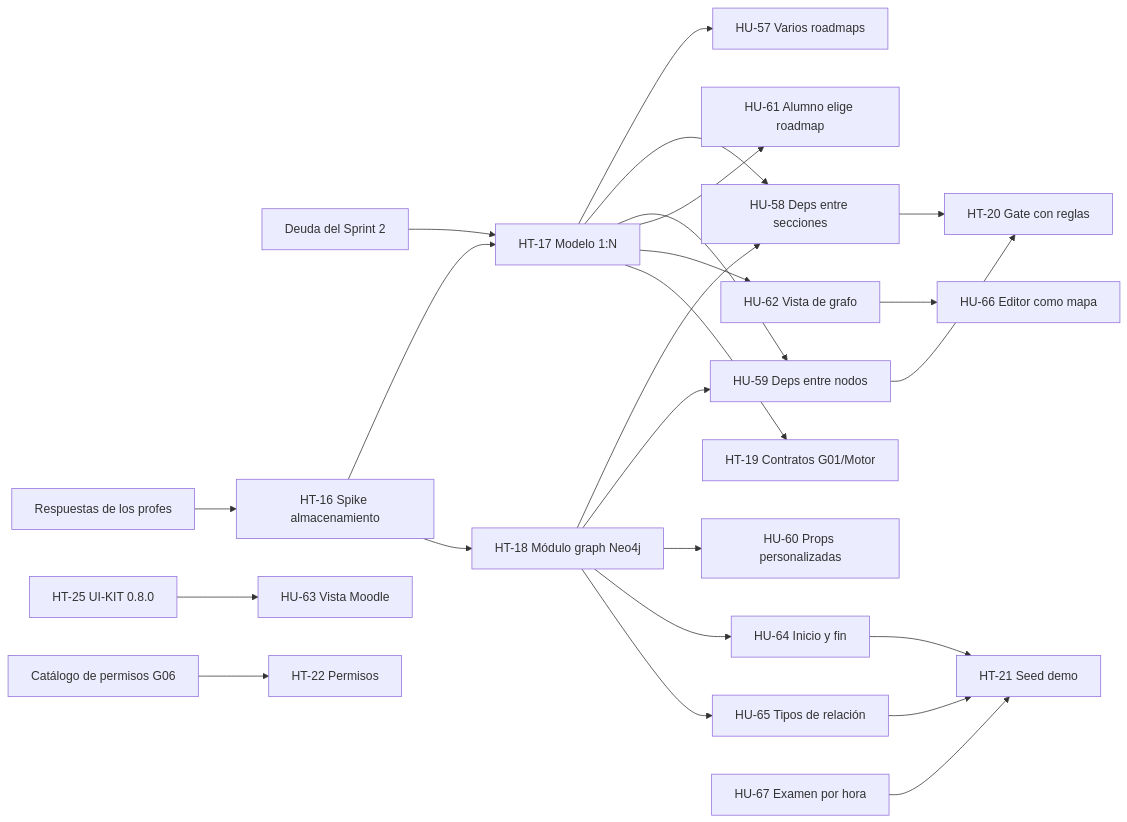
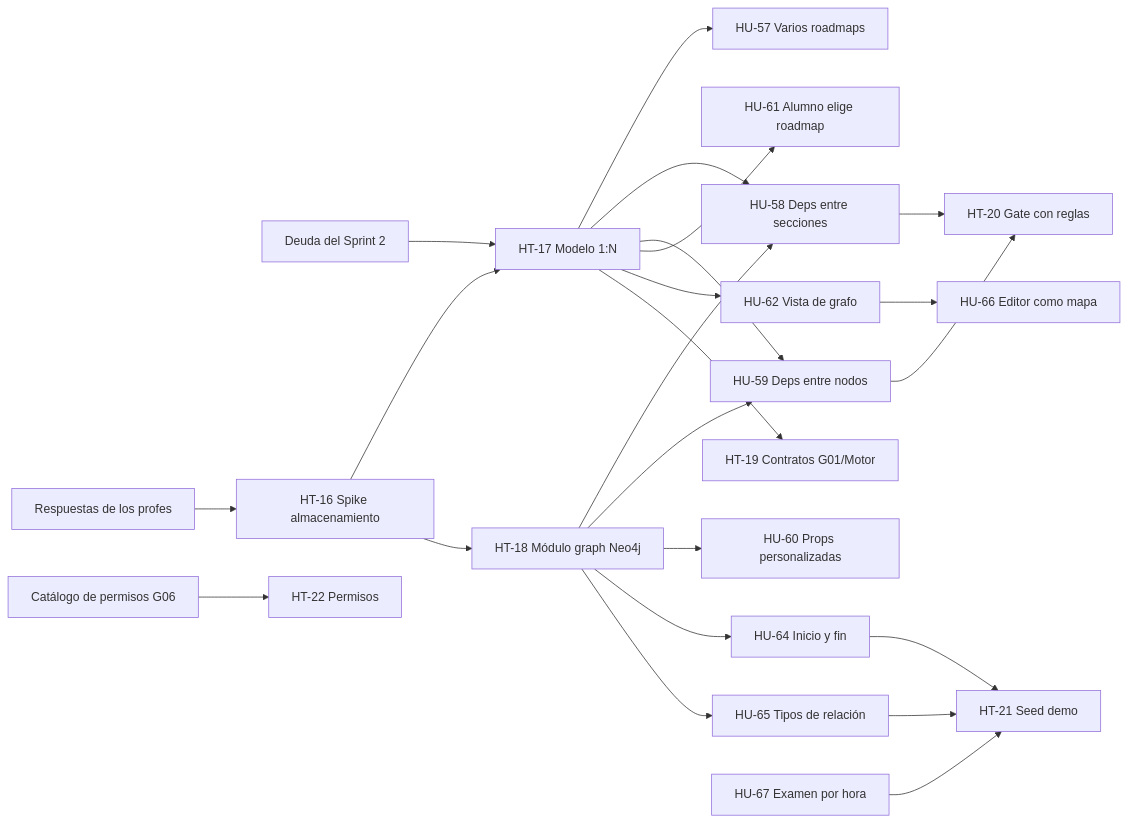
One commit to BenjaminPolzoni/tpi-g10-cerebro changed the diagram in sprints/sprint-3/06-backlog-sprint-3.md. Above: the diagram before and after it, drawn with Mermaid. The commit also changed other lines of this file and 19 other files, not shown here.

````diff
--- a/sprints/sprint-3/06-backlog-sprint-3.md
+++ b/sprints/sprint-3/06-backlog-sprint-3.md
@@ -93,26 +92,25 @@
 ```mermaid
 flowchart LR
   B0[Deuda del Sprint 2] --> HT2
   Q[Respuestas de los profes] --> SP1[HT-16 Spike almacenamiento]
   SP1 --> HT2[HT-17 Modelo 1:N]
   SP1 --> HT3[HT-18 Módulo graph Neo4j]
   HT2 --> H4[HU-57 Varios roadmaps]
   HT2 --> H5[HU-58 Deps entre secciones]
   HT3 --> H5
   HT2 --> H6[HU-59 Deps entre nodos]
   HT3 --> H6
   HT3 --> H7[HU-60 Props personalizadas]
   HT2 --> H8[HU-61 Alumno elige roadmap]
   HT2 --> H9[HU-62 Vista de grafo]
-  UK[HT-25 UI-KIT 0.8.0] --> H10[HU-63 Vista Moodle]
   HT2 --> HT11[HT-19 Contratos G01/Motor]
   H5 --> HT12[HT-20 Gate con reglas]
   H6 --> HT12
   HT3 --> HU-64[HU-64 Inicio y fin]
   HT3 --> HU-65[HU-65 Tipos de relación]
   H9 --> HU-66[HU-66 Editor como mapa]
   HU-64 --> HT-21[HT-21 Seed demo]
   HU-65 --> HT-21
   HU-67[HU-67 Examen por hora] --> HT-21
   G06[Catálogo de permisos G06] --> HT-22[HT-22 Permisos]
 ```
````
